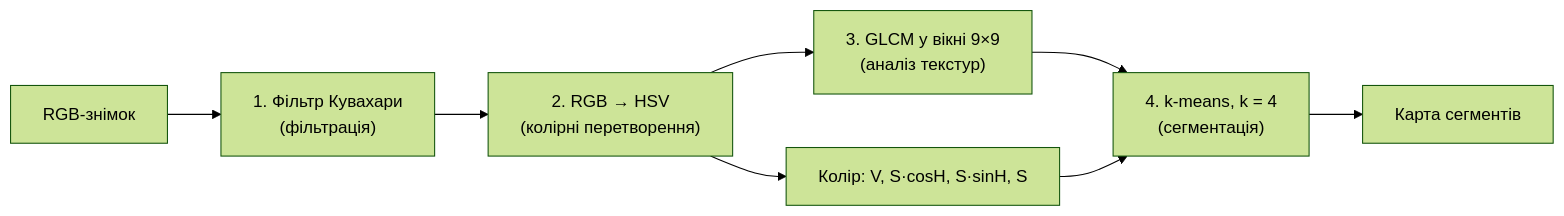
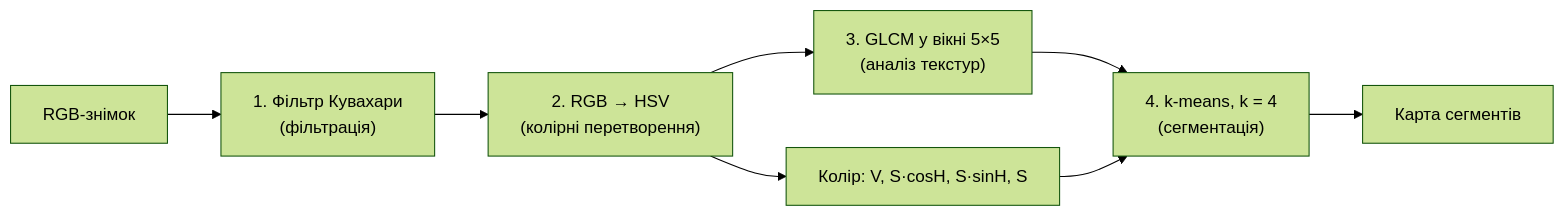
One commit to potapovanadia/satellite-image-analysis changed the first of 2 diagrams in docs/pipelines.md. Above: the diagram before and after it, drawn with Mermaid (forest theme). The commit also changed other lines of this file and 1 other file, not shown here.

Commit message:
Fix GLCM window size in documentation to match config

````diff
--- a/docs/pipelines.md
+++ b/docs/pipelines.md
@@ -32,10 +32,10 @@
 ```mermaid
 flowchart LR
     A[RGB-знімок] --> B["1. Фільтр Кувахари<br/>(фільтрація)"]
     B --> C["2. RGB → HSV<br/>(колірні перетворення)"]
-    C --> D["3. GLCM у вікні 9×9<br/>(аналіз текстур)"]
+    C --> D["3. GLCM у вікні 5×5<br/>(аналіз текстур)"]
     C --> E[Колір: V, S·cosH, S·sinH, S]
     D --> F["4. k-means, k = 4<br/>(сегментація)"]
     E --> F
     F --> G[Карта сегментів]
 ```
````
